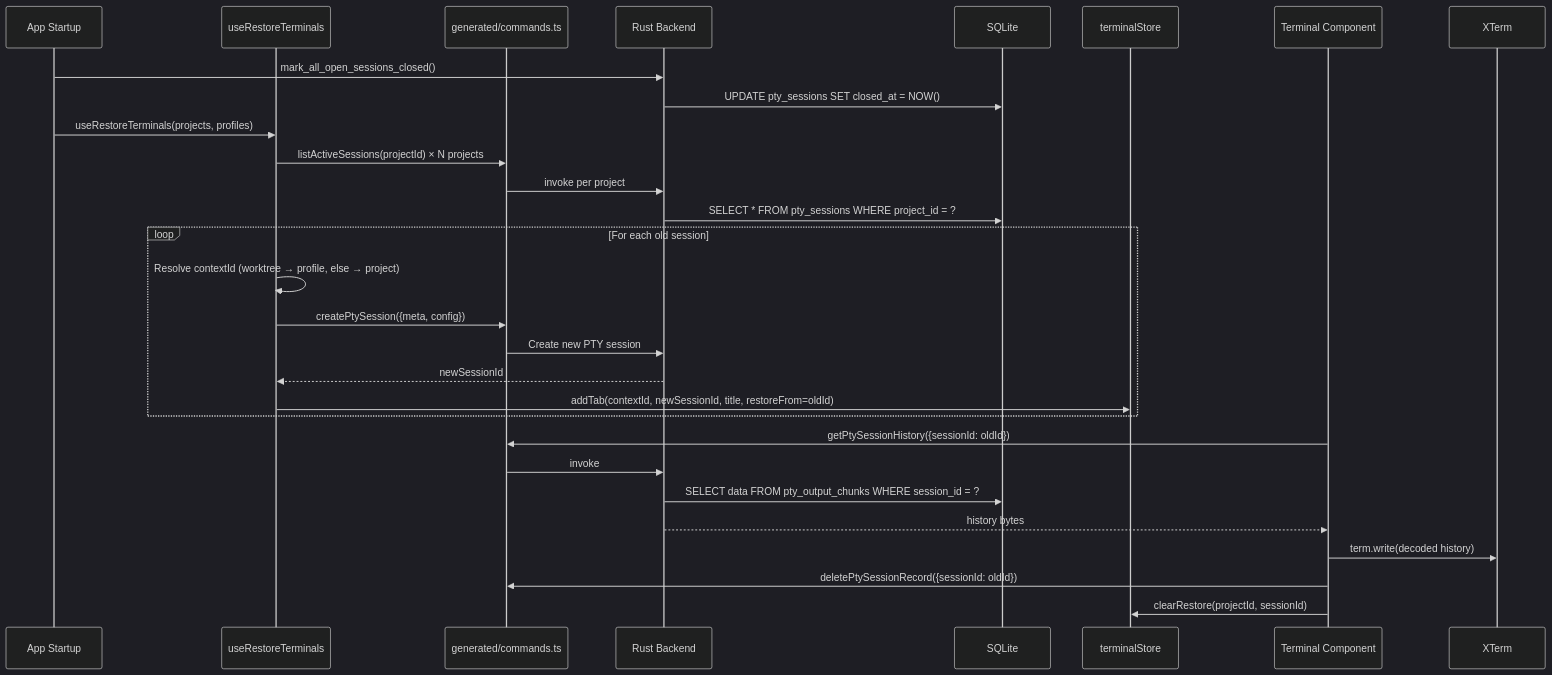
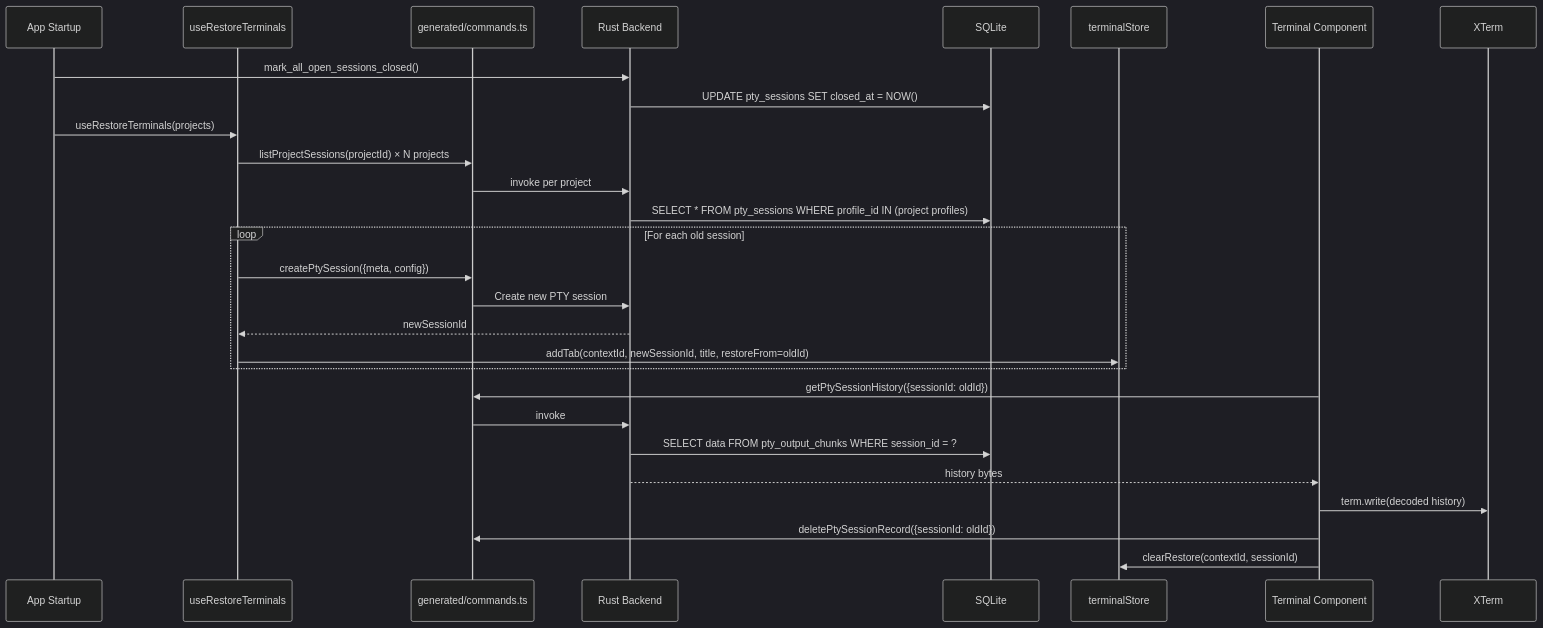
Before and after one commit to AkaraChen/2code: the fourth of 7 diagrams in docs/data-flow.md, drawn with Mermaid (dark theme). The commit also changed other lines of this file and 2 other files, not shown here.

First line of the commit message:
docs: update API reference, config, and data flow docs to match codebase

````diff
--- a/docs/data-flow.md
+++ b/docs/data-flow.md
@@ -123,34 +125,33 @@
 ```mermaid
 sequenceDiagram
     participant App as App Startup
     participant Hook as useRestoreTerminals
     participant Gen as generated/commands.ts
     participant Backend as Rust Backend
     participant DB as SQLite
     participant Store as terminalStore
     participant Term as Terminal Component
 
     App->>Backend: mark_all_open_sessions_closed()
     Backend->>DB: UPDATE pty_sessions SET closed_at = NOW()
 
-    App->>Hook: useRestoreTerminals(projects, profiles)
-    Hook->>Gen: listActiveSessions(projectId) × N projects
+    App->>Hook: useRestoreTerminals(projects)
+    Hook->>Gen: listProjectSessions(projectId) × N projects
     Gen->>Backend: invoke per project
-    Backend->>DB: SELECT * FROM pty_sessions WHERE project_id = ?
+    Backend->>DB: SELECT * FROM pty_sessions WHERE profile_id IN (project profiles)
 
     loop For each old session
-        Hook->>Hook: Resolve contextId (worktree → profile, else → project)
         Hook->>Gen: createPtySession({meta, config})
         Gen->>Backend: Create new PTY session
         Backend-->>Hook: newSessionId
         Hook->>Store: addTab(contextId, newSessionId, title, restoreFrom=oldId)
     end
 
     Term->>Gen: getPtySessionHistory({sessionId: oldId})
     Gen->>Backend: invoke
     Backend->>DB: SELECT data FROM pty_output_chunks WHERE session_id = ?
     Backend-->>Term: history bytes
     Term->>XTerm: term.write(decoded history)
     Term->>Gen: deletePtySessionRecord({sessionId: oldId})
-    Term->>Store: clearRestore(projectId, sessionId)
+    Term->>Store: clearRestore(contextId, sessionId)
 ```
````
